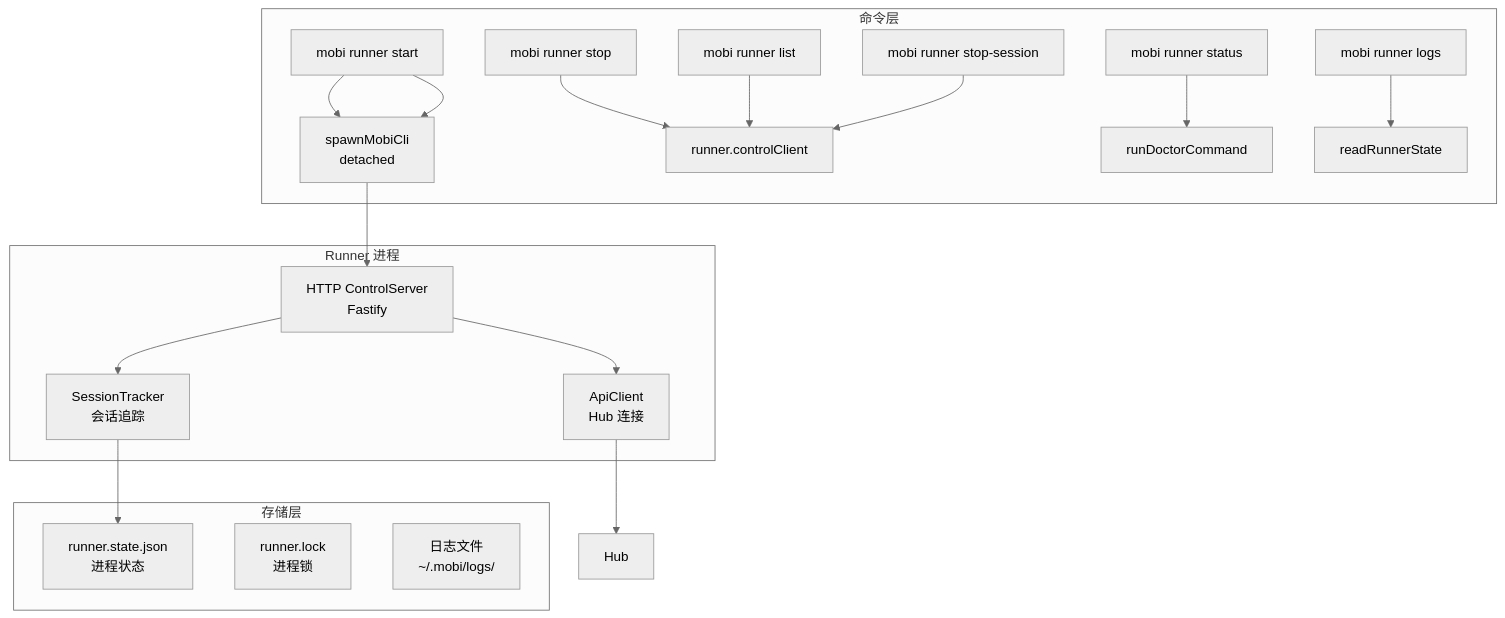
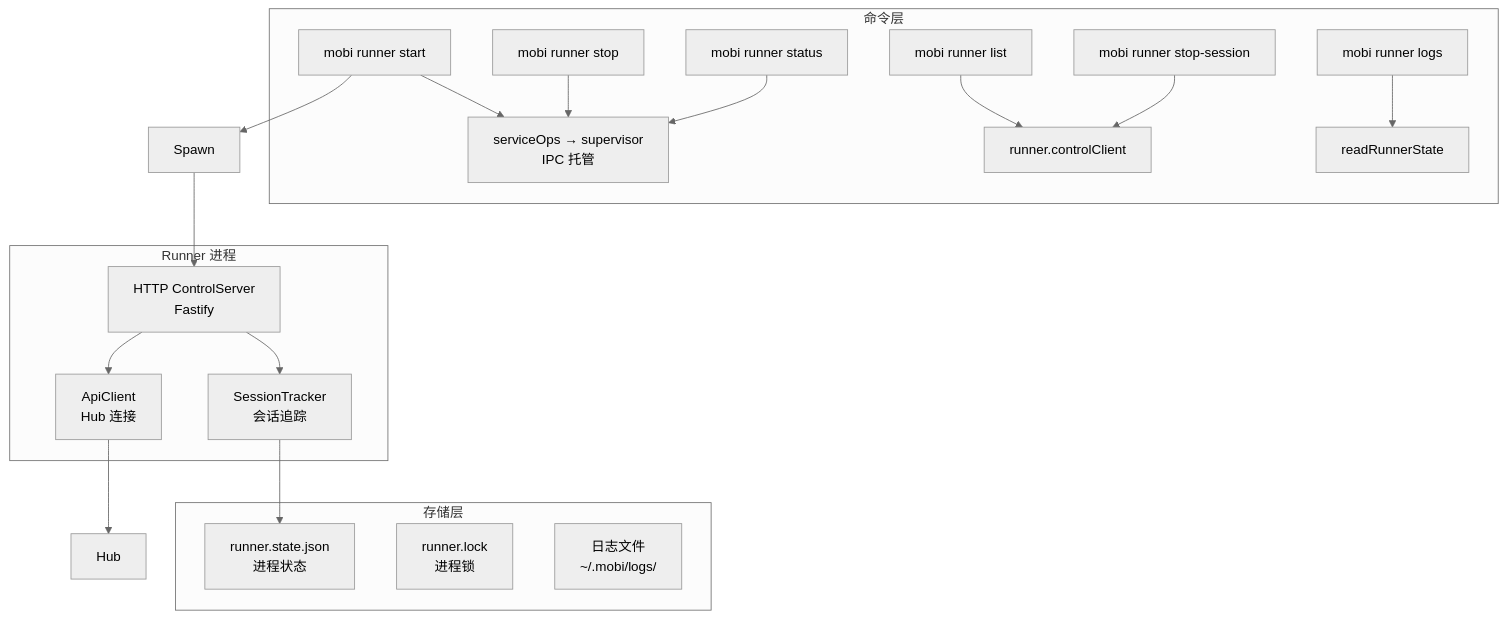
One commit to ModuBit/mobi changed the first of 4 diagrams in docs/architecture/cli/commands/runner/README.md. Above: the diagram before and after it, drawn with Mermaid (neutral theme). The commit also changed other lines of this file and 4 other files, not shown here.

Commit message:
docs(cli): supervisor 特性文档——service 命令矩阵/托管架构/收编说明

````diff
--- a/docs/architecture/cli/commands/runner/README.md
+++ b/docs/architecture/cli/commands/runner/README.md
@@ -63,30 +63,30 @@
 ```mermaid
 flowchart TB
     subgraph Commands["命令层"]
-        Start["mobi runner start"] --> Spawn["spawnMobiCli<br/>detached"]
-        Stop["mobi runner stop"] --> HTTP["runner.controlClient"]
-        Status["mobi runner status"] --> Doctor["runDoctorCommand"]
+        Start["mobi runner start"] --> Supervisor["serviceOps → supervisor<br/>IPC 托管"]
+        Stop["mobi runner stop"] --> Supervisor
+        Status["mobi runner status"] --> Supervisor
         List["mobi runner list"] --> HTTP["runner.controlClient"]
         StopSession["mobi runner stop-session"] --> HTTP["runner.controlClient"]
         Logs["mobi runner logs"] --> Local["readRunnerState"]
     end
 
     subgraph RunnerProcess["Runner 进程"]
         ControlServer["HTTP ControlServer<br/>Fastify"]
         SessionTracker["SessionTracker<br/>会话追踪"]
         ApiClient["ApiClient<br/>Hub 连接"]
     end
 
     subgraph Storage["存储层"]
         RunnerState["runner.state.json<br/>进程状态"]
         RunnerLock["runner.lock<br/>进程锁"]
         LogFiles["日志文件<br/>~/.mobi/logs/"]
     end
 
     Start --> Spawn
     Spawn --> ControlServer
     ControlServer --> SessionTracker
     ControlServer --> ApiClient
     SessionTracker --> RunnerState
     ApiClient --> Hub
 ```
````
